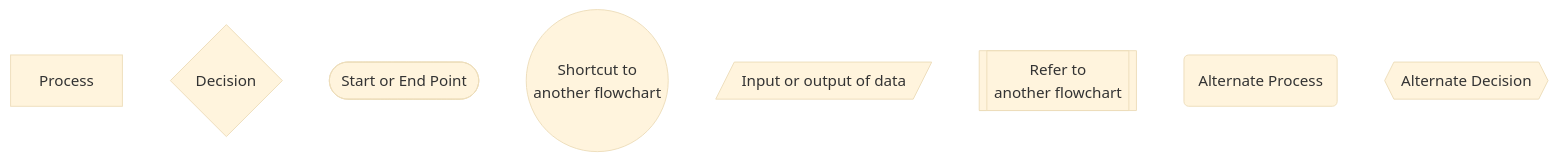
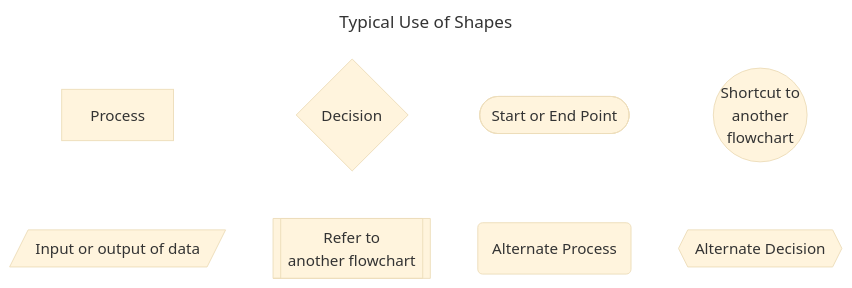
The second of 3 diagrams in how-we-develop/diagram-as-code.md (adamwan-nexplore/guidebook-nxp-hk), drawn with Mermaid (base theme) before and after one commit. The commit also changed other lines of this file and 10 other files, not shown here.

Commit message:
23 nov: diagram as code & application architecture

````diff
--- a/how-we-develop/diagram-as-code.md
+++ b/how-we-develop/diagram-as-code.md
@@ -66,12 +93,20 @@
 ```mermaid
+---
+title: Typical Use of Shapes
+---
 flowchart
 	rectangle[Process]
     diamond{Decision}
     stadium([Start or End Point])
-    circle((Shortcut to\nanother flowchart))
+    circle((Shortcut to \n another \n flowchart))
+
     parallelogram[/Input or output of data/]
     subroutine[[Refer to\nanother flowchart]]
-
     roundedRectangle(Alternate Process)
     hexagon{{Alternate Decision}}
+
+    rectangle ~~~ parallelogram
+    diamond ~~~ subroutine
+    stadium ~~~ roundedRectangle
+    circle ~~~ hexagon
 ```
````
